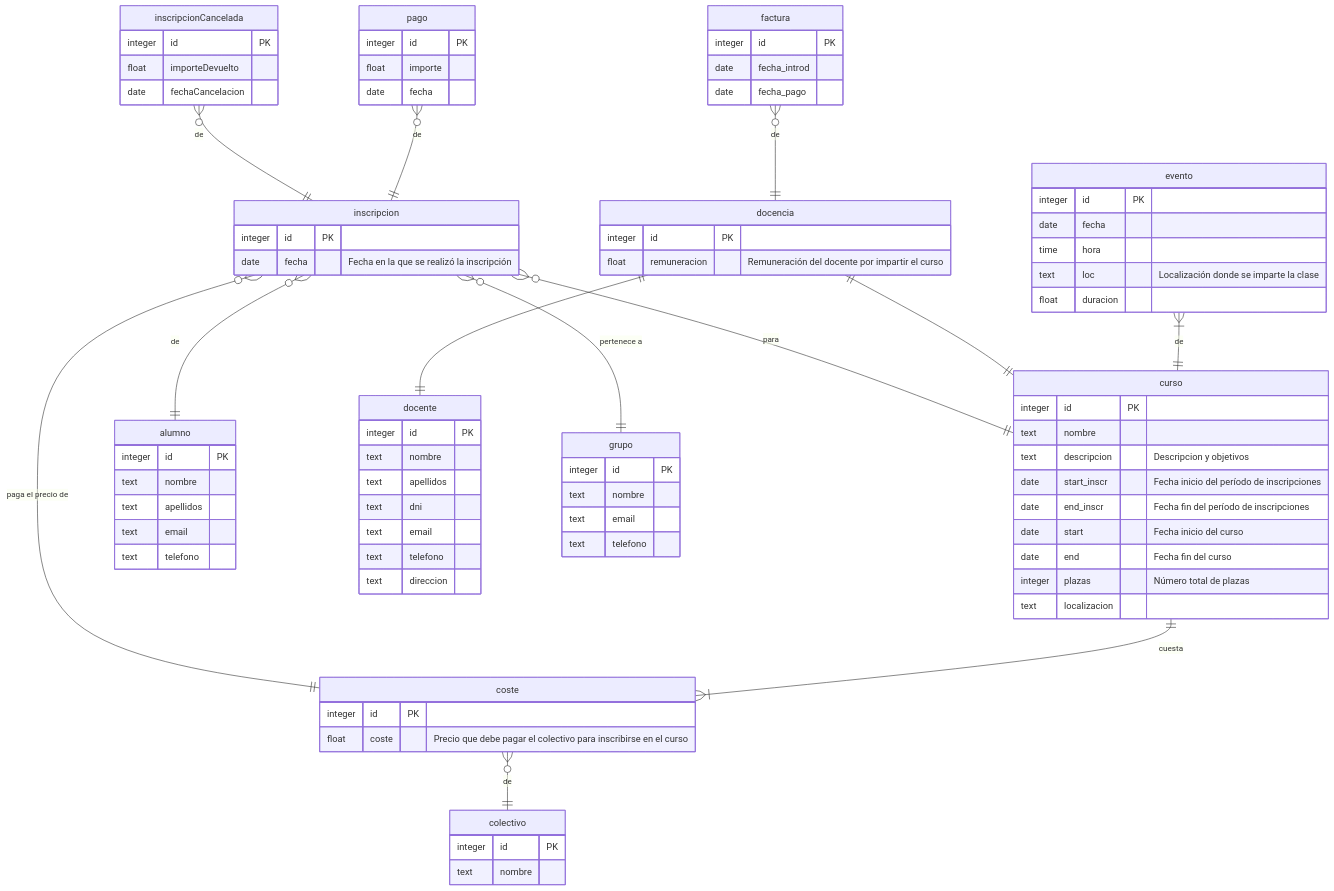
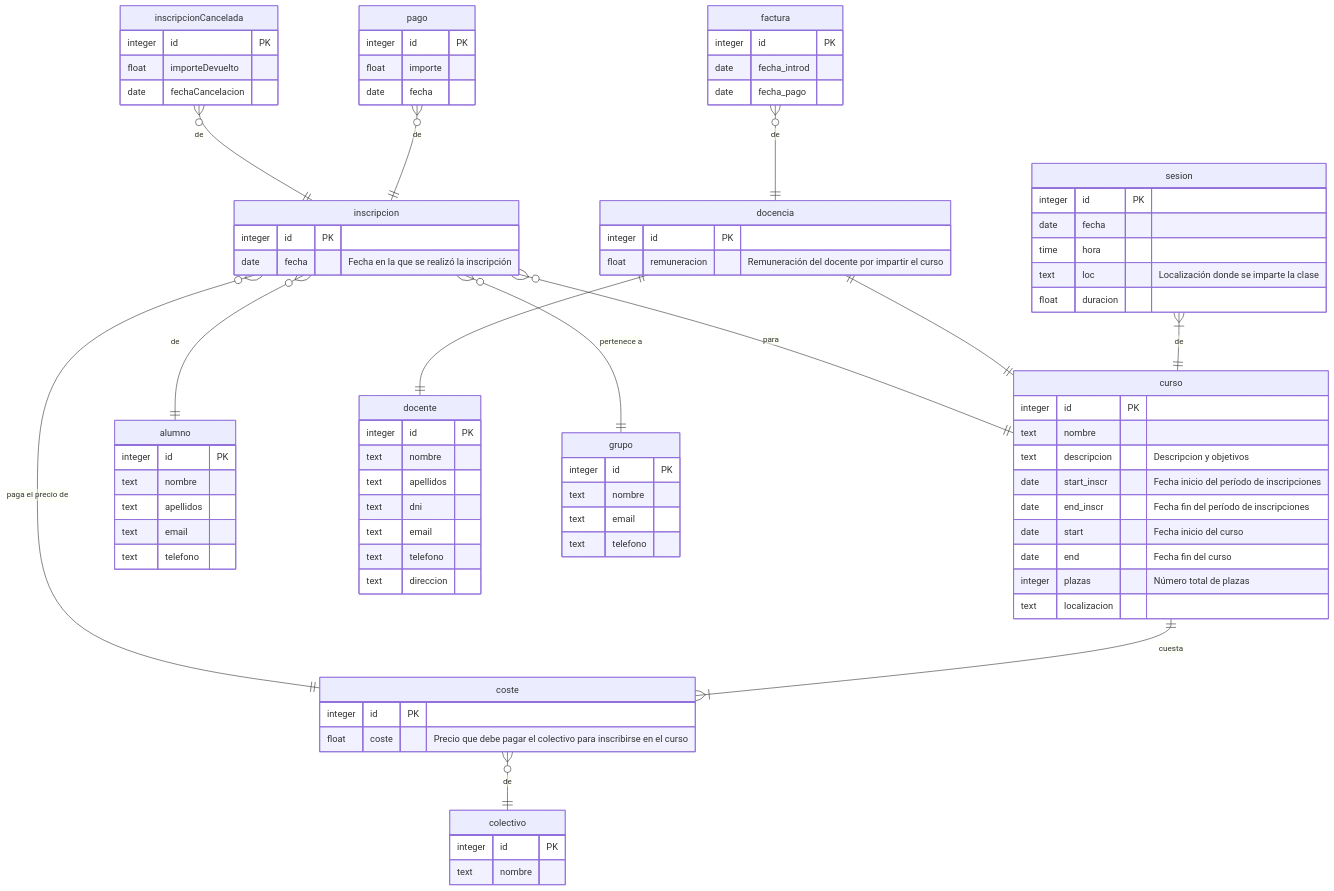
One commit to miermontoto/SI2022-PL41 changed the first of 4 diagrams in docs/SI2022-PL41.md. Above: the diagram before and after it, drawn with Mermaid. The commit also changed other lines of this file and 15 other files, not shown here.

````diff
--- a/docs/SI2022-PL41.md
+++ b/docs/SI2022-PL41.md
@@ -38,19 +38,19 @@
 		 text telefono
 	}
 	docente {
-		integer id PK 
+		integer id PK
 		text nombre
 	     	text apellidos
 	     	text dni
 	     	text email
 	     	text telefono
-		text direccion 
+		text direccion
 	}
 	docencia {
 		 integer id PK
 		 float remuneracion "Remuneración del docente por impartir el curso"
 	}
-	evento {
+	sesion {
 		integer id PK
 		date fecha
 		time hora
@@ -81,7 +81,7 @@
 		text email
 		text telefono
 	}
-	
+
 	inscripcion }o--|| alumno : "de"
     	inscripcion }o--|| curso : "para"
 	inscripcion }o--|| coste : "paga el precio de"
@@ -92,12 +92,12 @@
 	docencia ||--|| docente : ""
 	docencia ||--|| curso : ""
 
-	evento }|--|| curso : "de"
+	sesion }|--|| curso : "de"
 
 	pago }o--|| inscripcion : "de"
- 
+
 	factura }o--|| docencia : "de"
-	
+
 	coste }o--|| colectivo : "de"
 	curso ||--|{ coste : "cuesta"
 ```
````
